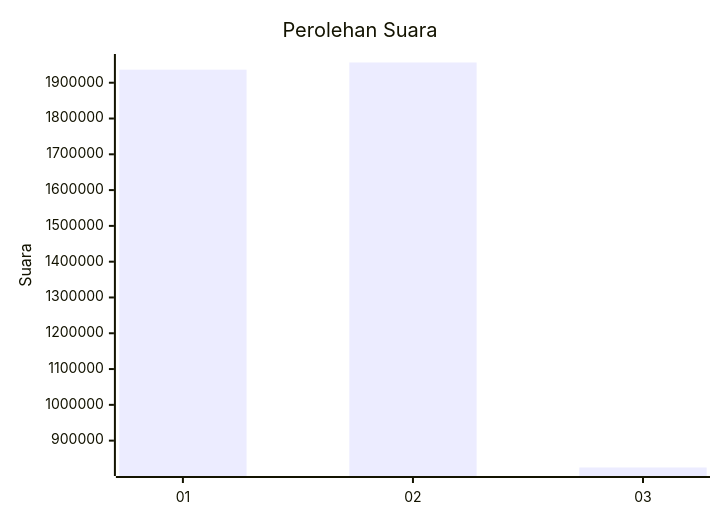
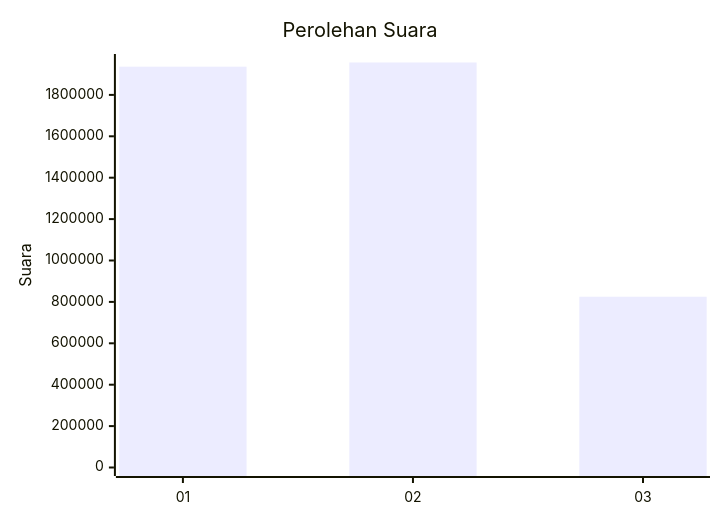
Before and after one commit to gigit-pemilu/pemilu-2024: the first of 2 diagrams in pilpres/hitung-suara/sub/table-wilayah-31.md, drawn with Mermaid. The commit also changed 42 other files, not shown here.

````diff
--- a/pilpres/hitung-suara/sub/table-wilayah-31.md
+++ b/pilpres/hitung-suara/sub/table-wilayah-31.md
@@ -7,7 +7,7 @@
 ```mermaid
 xychart-beta
     title "Perolehan Suara"
     x-axis [01, 02, 03]
-    y-axis "Suara"
+    y-axis "Suara" 0 --> 1956503
     bar [1936408, 1956503, 824937]
 ```
````
